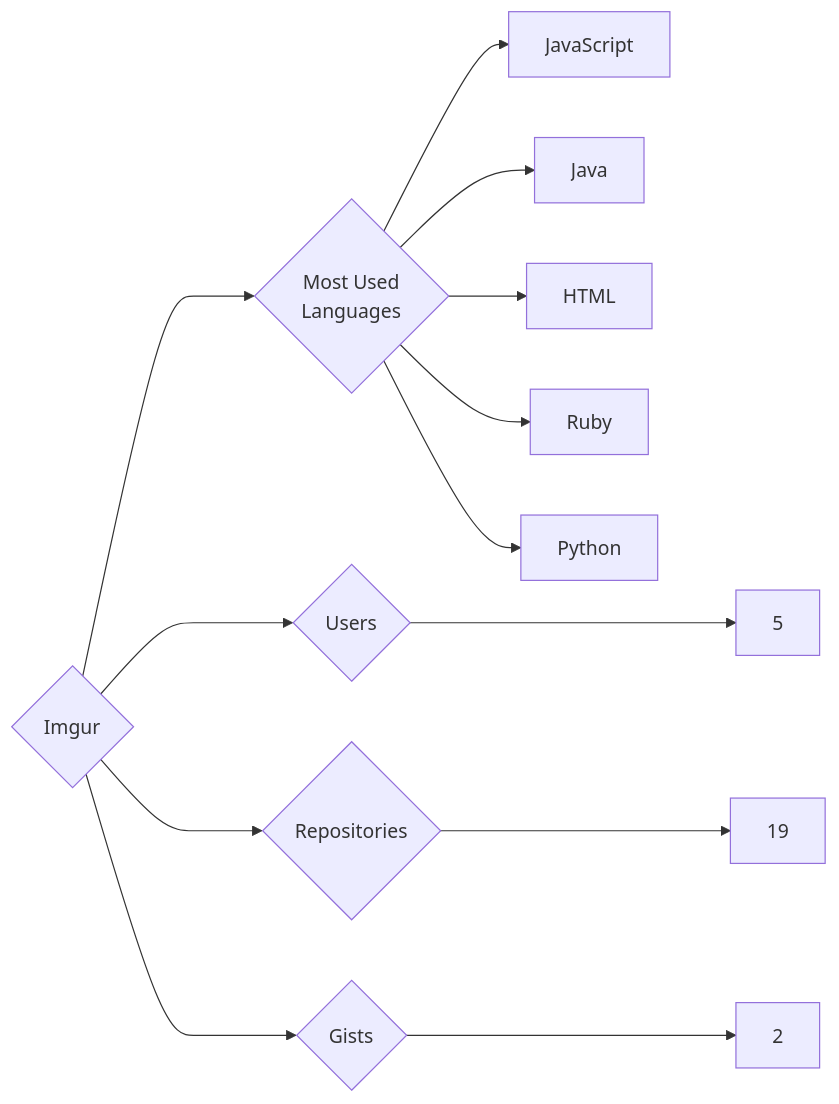
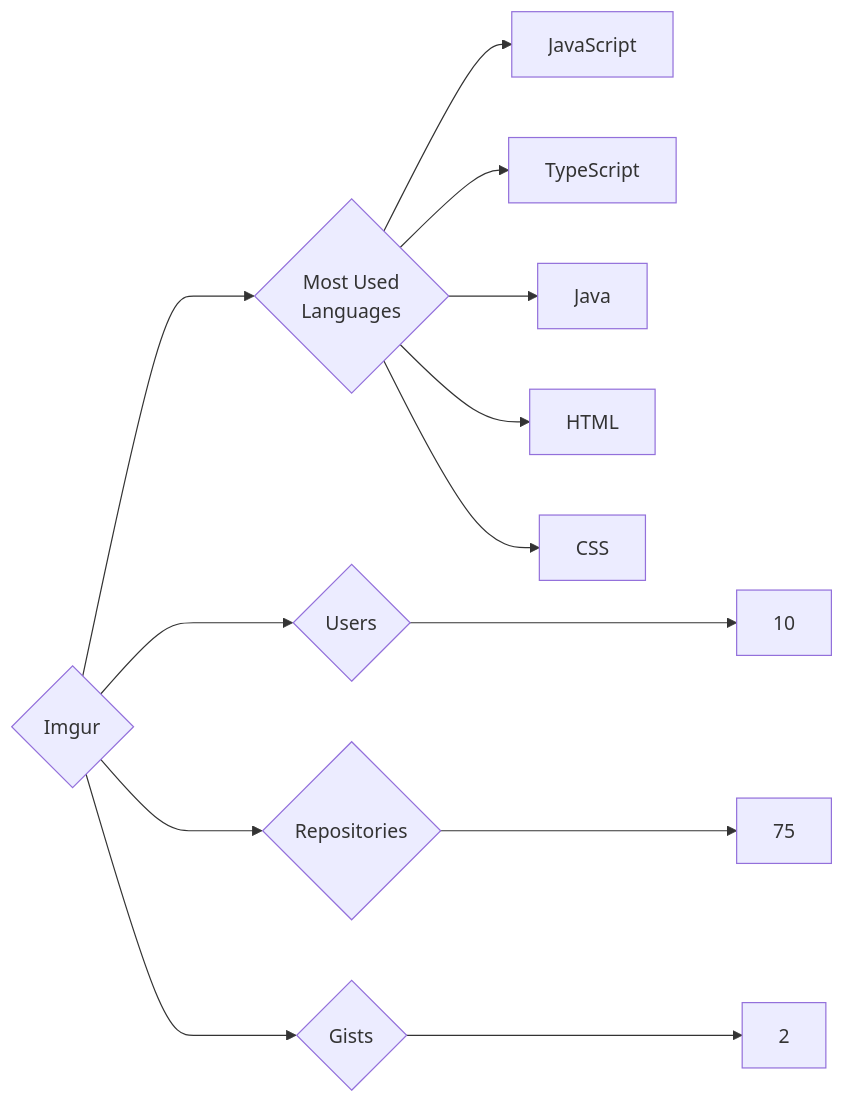
The diagram in targets/Imgur/README.md (trickest/insiders), drawn with Mermaid before and after one commit. The commit also changed 1084 other files, not shown here.

````diff
--- a/targets/Imgur/README.md
+++ b/targets/Imgur/README.md
@@ -3,13 +3,13 @@
 ```mermaid
 graph LR
 COMPANY_NAME{Imgur}
-COMPANY_NAME ---> U{Users} ---> UN[5]
-COMPANY_NAME ---> R{Repositories} ---> RN[19]
+COMPANY_NAME ---> U{Users} ---> UN[10]
+COMPANY_NAME ---> R{Repositories} ---> RN[75]
 COMPANY_NAME ---> G{Gists} ---> GN[2]
 COMPANY_NAME ---> ML{Most Used<br>Languages}
 ML --> JavaScript[JavaScript]
+ML --> TypeScript[TypeScript]
 ML --> Java[Java]
 ML --> HTML[HTML]
-ML --> Ruby[Ruby]
-ML --> Python[Python]
+ML --> CSS[CSS]
 ```
````
